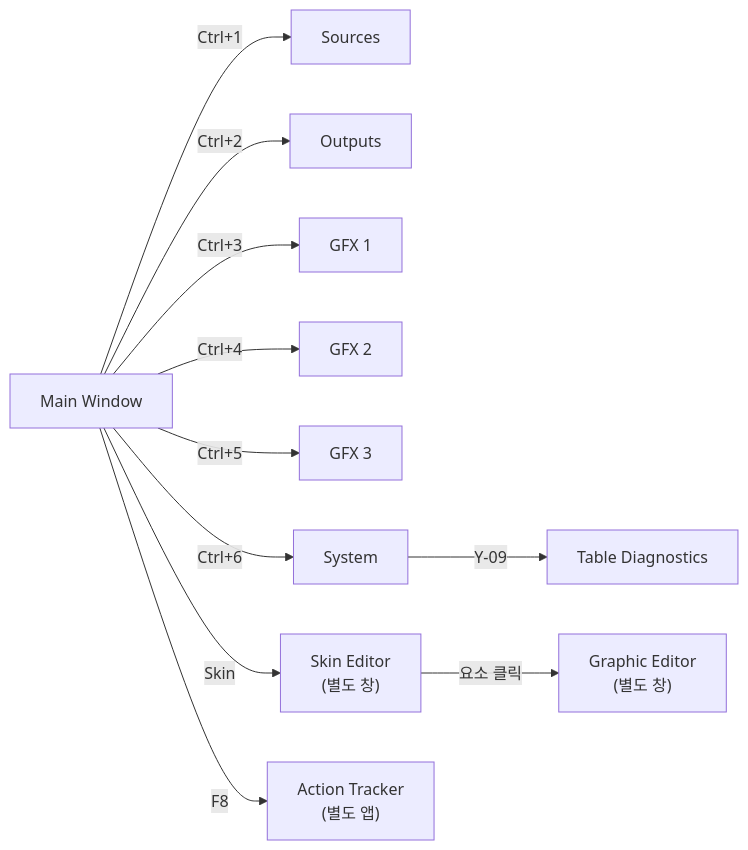
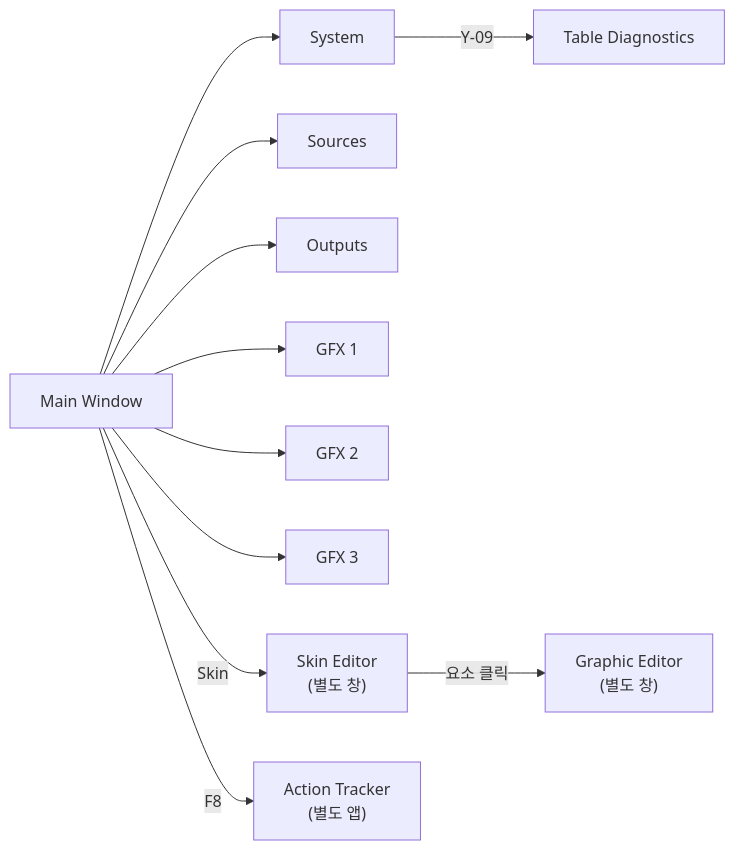
Before and after one commit to garimto81/ebs: the first of 14 diagrams in docs/01_PokerGFX_Analysis/PRD-0004-EBS-Server-UI-Design.md, drawn with Mermaid. The commit also changed other lines of this file, not shown here.

First line of the commit message:
docs(prd-0004): 탭 순서 재정의 및 Ctrl+ 단축키 제거 (v20.0.0)

````diff
--- a/docs/01_PokerGFX_Analysis/PRD-0004-EBS-Server-UI-Design.md
+++ b/docs/01_PokerGFX_Analysis/PRD-0004-EBS-Server-UI-Design.md
@@ -54,13 +54,13 @@
 ```mermaid
 flowchart LR
-    MW["Main Window"] -->|"Ctrl+1"| SRC["Sources"]
-    MW -->|"Ctrl+2"| OUT["Outputs"]
-    MW -->|"Ctrl+3"| GFX1["GFX 1"]
-    MW -->|"Ctrl+4"| GFX2["GFX 2"]
-    MW -->|"Ctrl+5"| GFX3["GFX 3"]
-    MW -->|"Ctrl+6"| SYS["System"]
+    MW["Main Window"] --> SYS["System"]
+    MW --> SRC["Sources"]
+    MW --> OUT["Outputs"]
+    MW --> GFX1["GFX 1"]
+    MW --> GFX2["GFX 2"]
+    MW --> GFX3["GFX 3"]
     SYS -->|"Y-09"| TDG["Table Diagnostics"]
     MW -->|"Skin"| SKE["Skin Editor<br/>(별도 창)"]
     SKE -->|"요소 클릭"| GRE["Graphic Editor<br/>(별도 창)"]
     MW -->|"F8"| AT["Action Tracker<br/>(별도 앱)"]
 ```
````
